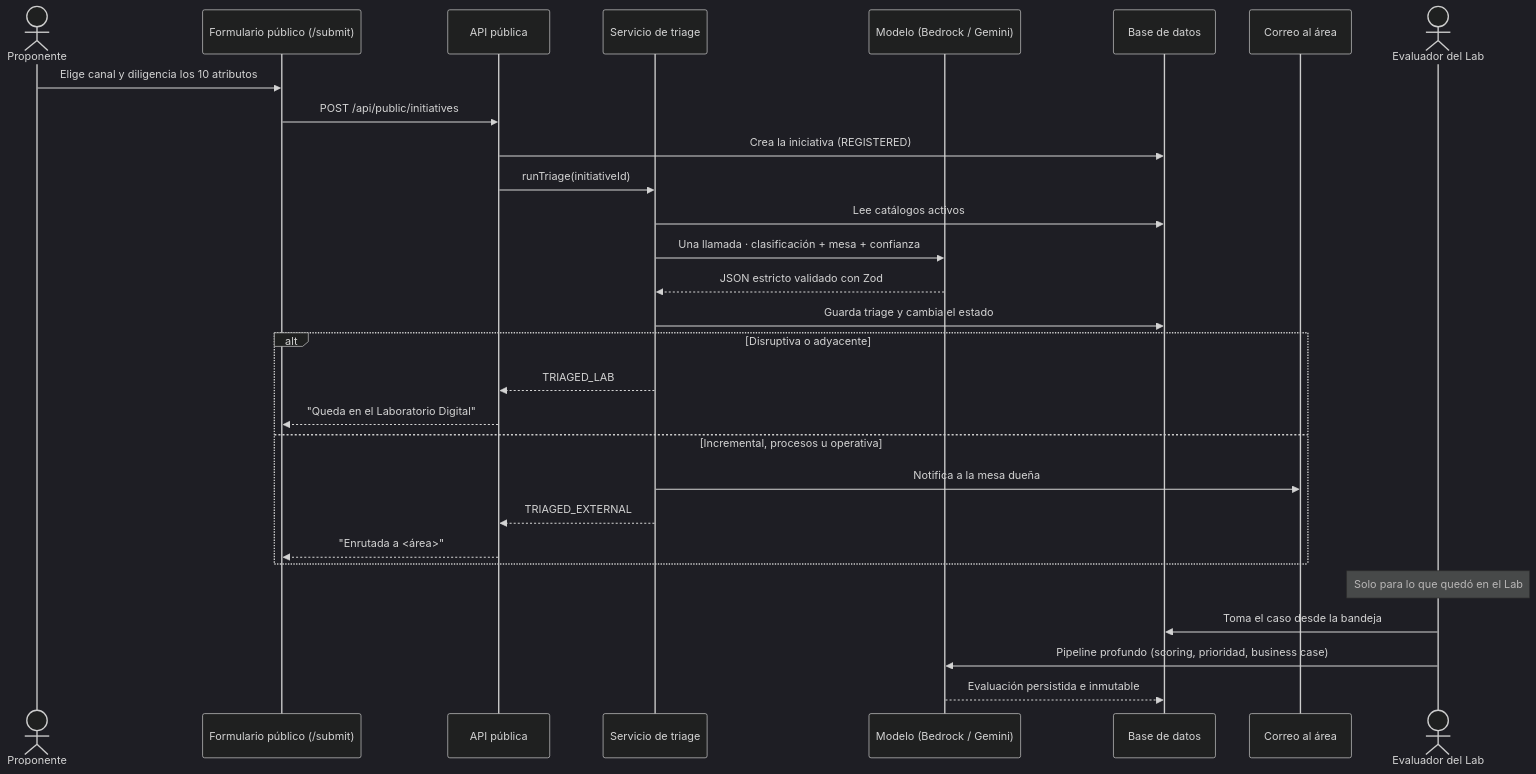
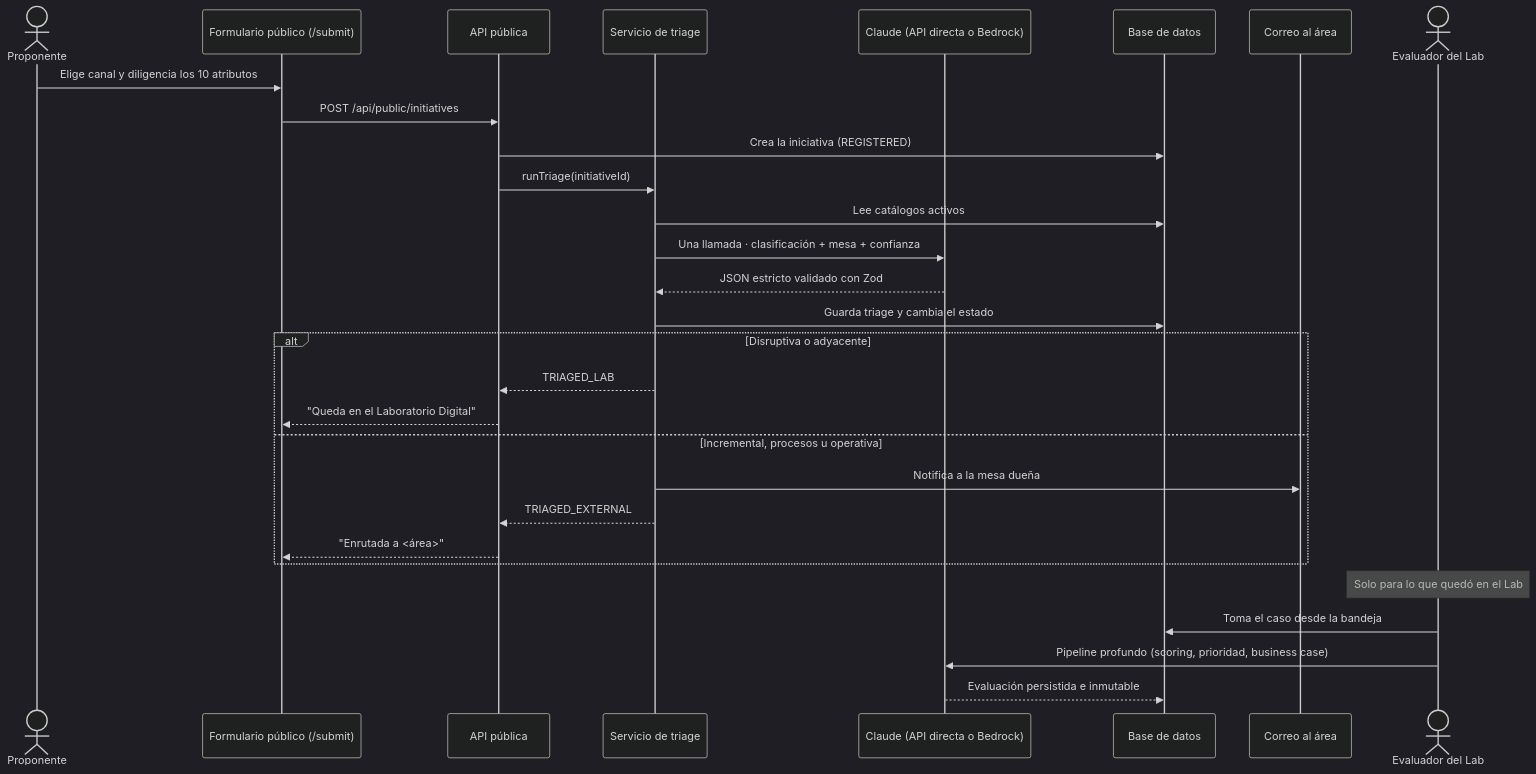
Before and after one commit to Juank114Gonzalez/LabLens: the first of 2 diagrams in docs/flujo-operativo.md, drawn with Mermaid (dark theme). The commit also changed 31 other files, not shown here.

First line of the commit message:
Move the model provider from Gemini to Anthropic Claude

````diff
--- a/docs/flujo-operativo.md
+++ b/docs/flujo-operativo.md
@@ -5,34 +5,34 @@
 ```mermaid
 sequenceDiagram
     actor P as Proponente
     participant F as Formulario público (/submit)
     participant API as API pública
     participant T as Servicio de triage
-    participant LLM as Modelo (Bedrock / Gemini)
+    participant LLM as Claude (API directa o Bedrock)
     participant DB as Base de datos
     participant M as Correo al área
     actor E as Evaluador del Lab
 
     P->>F: Elige canal y diligencia los 10 atributos
     F->>API: POST /api/public/initiatives
     API->>DB: Crea la iniciativa (REGISTERED)
     API->>T: runTriage(initiativeId)
     T->>DB: Lee catálogos activos
     T->>LLM: Una llamada · clasificación + mesa + confianza
     LLM-->>T: JSON estricto validado con Zod
     T->>DB: Guarda triage y cambia el estado
 
     alt Disruptiva o adyacente
         T-->>API: TRIAGED_LAB
         API-->>F: "Queda en el Laboratorio Digital"
     else Incremental, procesos u operativa
         T->>M: Notifica a la mesa dueña
         T-->>API: TRIAGED_EXTERNAL
         API-->>F: "Enrutada a <área>"
     end
 
     Note over E: Solo para lo que quedó en el Lab
     E->>DB: Toma el caso desde la bandeja
     E->>LLM: Pipeline profundo (scoring, prioridad, business case)
     LLM-->>DB: Evaluación persistida e inmutable
 ```
````
